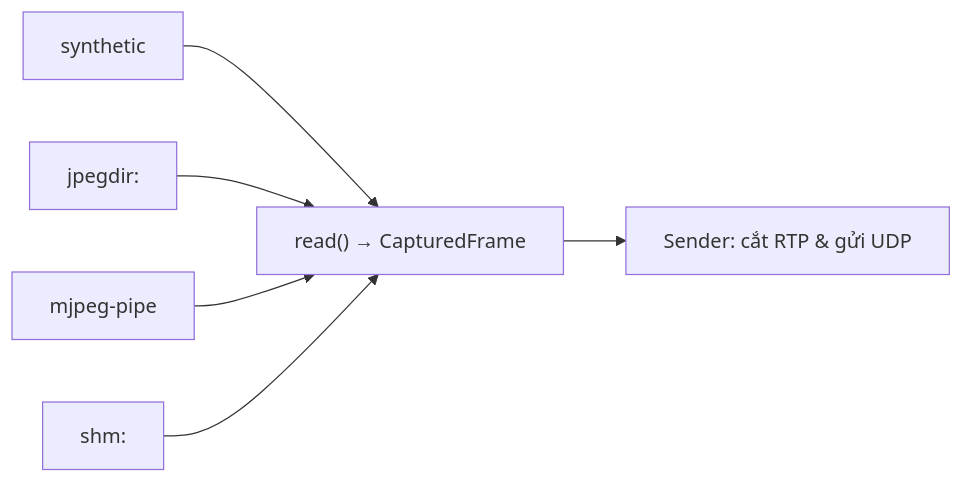
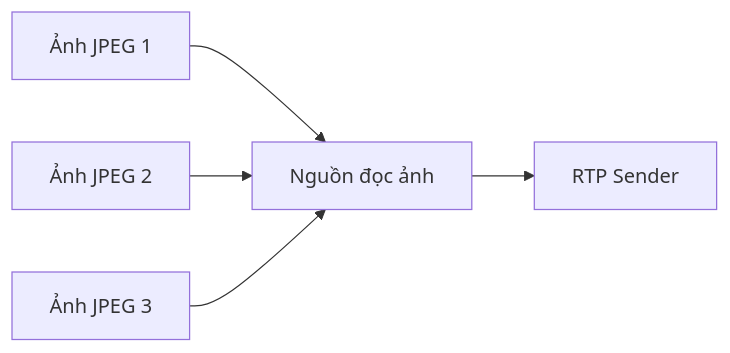
The third of 3 diagrams in study-site/docs/sessions/01-A-cn-product.md (KaiserRichard/edge-ai-video-runtime), drawn with Mermaid before and after one commit. The commit also changed other lines of this file and 4 other files, not shown here.

````diff
--- a/study-site/docs/sessions/01-A-cn-product.md
+++ b/study-site/docs/sessions/01-A-cn-product.md
@@ -100,8 +544,7 @@
 ```mermaid
 flowchart LR
-  S1["synthetic"] --> IF["read() → CapturedFrame"]
-  S2["jpegdir:"] --> IF
-  S3["mjpeg-pipe"] --> IF
-  S4["shm:"] --> IF
-  IF --> TX["Sender: cắt RTP & gửi UDP"]
+  J1["Ảnh JPEG 1"] --> S["Nguồn đọc ảnh"]
+  J2["Ảnh JPEG 2"] --> S
+  J3["Ảnh JPEG 3"] --> S
+  S --> T["RTP Sender"]
 ```
````
